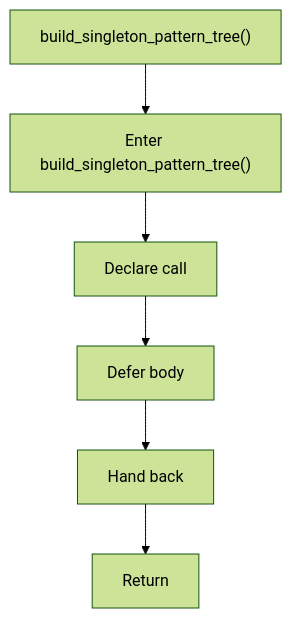
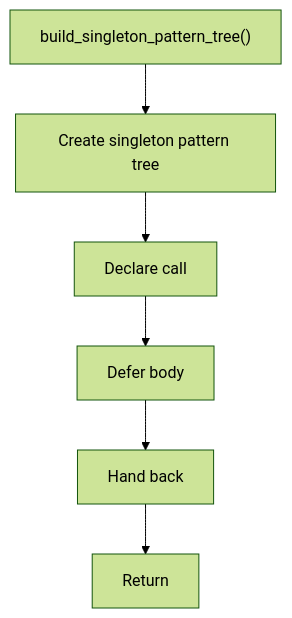
Before and after one commit to JohnAndrewBalbarosa/NeoTerritory: the second of 2 diagrams in docs/Codebase/Microservice/Modules/Header/SyntacticBrokenAST/Analysis/Patterns/Creational/Singleton/core.hpp.md, drawn with Mermaid (forest theme). The commit also changed other lines of this file and 925 other files, not shown here.

````diff
--- a/docs/Codebase/Microservice/Modules/Header/SyntacticBrokenAST/Analysis/Patterns/Creational/Singleton/core.hpp.md
+++ b/docs/Codebase/Microservice/Modules/Header/SyntacticBrokenAST/Analysis/Patterns/Creational/Singleton/core.hpp.md
@@ -66,14 +65,14 @@
 ```mermaid
 flowchart TD
     Start["build_singleton_pattern_tree()"]
-    N0["Enter build_singleton_pattern_tree()"]
+    N0["Create singleton pattern tree"]
     N1["Declare call"]
     N2["Defer body"]
     N3["Hand back"]
     End["Return"]
     Start --> N0
     N0 --> N1
     N1 --> N2
     N2 --> N3
     N3 --> End
 ```
````
